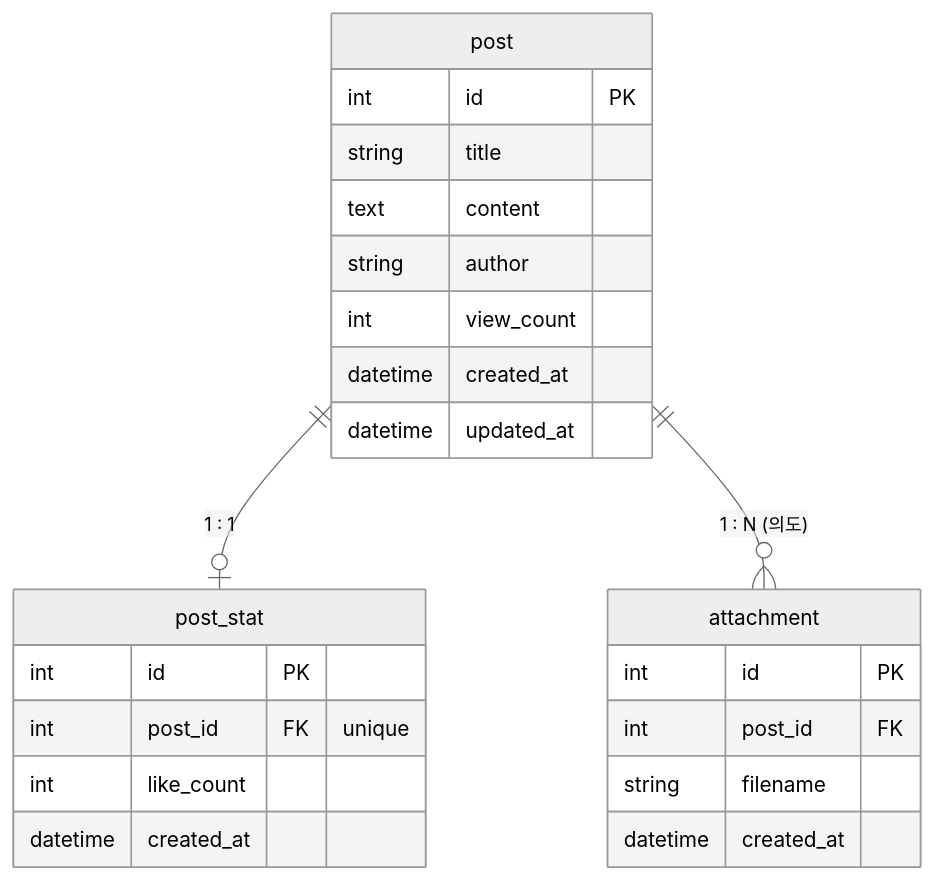
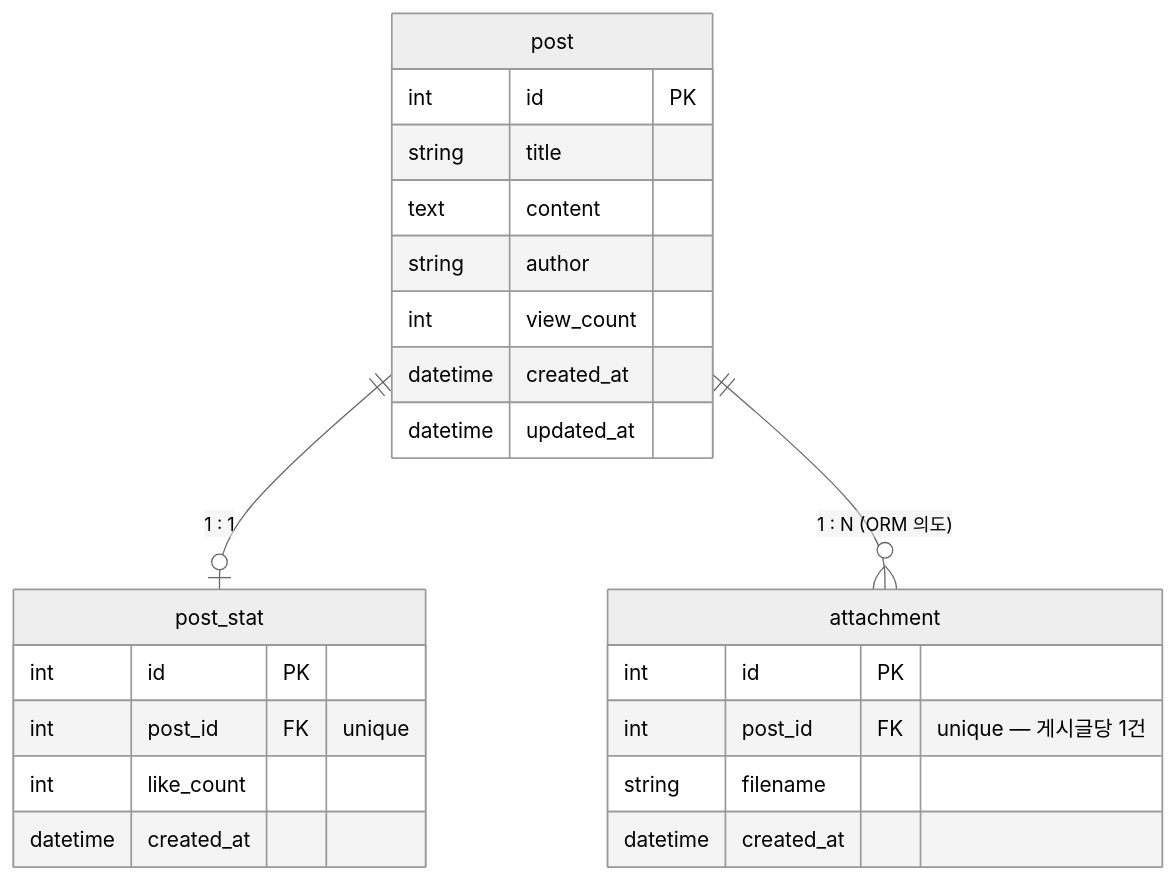
Before and after one commit to samam0234/post_api: the third of 12 diagrams in STRUCTURE_GUIDE.md, drawn with Mermaid (neutral theme). The commit also changed other lines of this file, not shown here.

First line of the commit message:
docs: STRUCTURE_GUIDE를 PostStat·Attachment 트랜잭션 API 반영

````diff
--- a/STRUCTURE_GUIDE.md
+++ b/STRUCTURE_GUIDE.md
@@ -263,27 +263,27 @@
 ```mermaid
 erDiagram
     post ||--o| post_stat : "1 : 1"
-    post ||--o{ attachment : "1 : N (의도)"
+    post ||--o{ attachment : "1 : N (ORM 의도)"
 
     post {
         int id PK
         string title
         text content
         string author
         int view_count
         datetime created_at
         datetime updated_at
     }
     post_stat {
         int id PK
         int post_id FK "unique"
         int like_count
         datetime created_at
     }
     attachment {
         int id PK
-        int post_id FK
+        int post_id FK "unique — 게시글당 1건"
         string filename
         datetime created_at
     }
 ```
````
